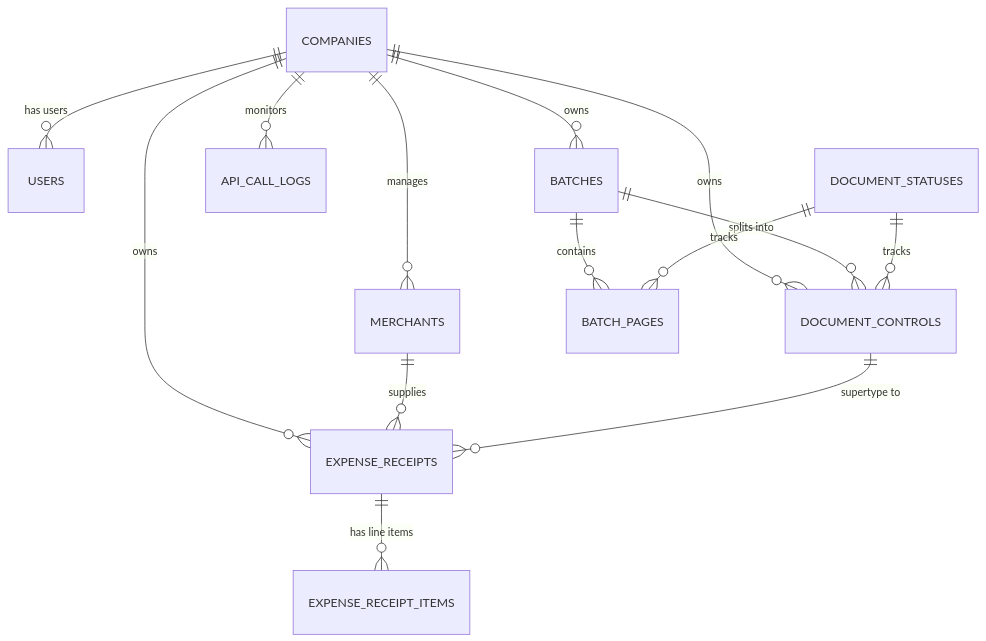
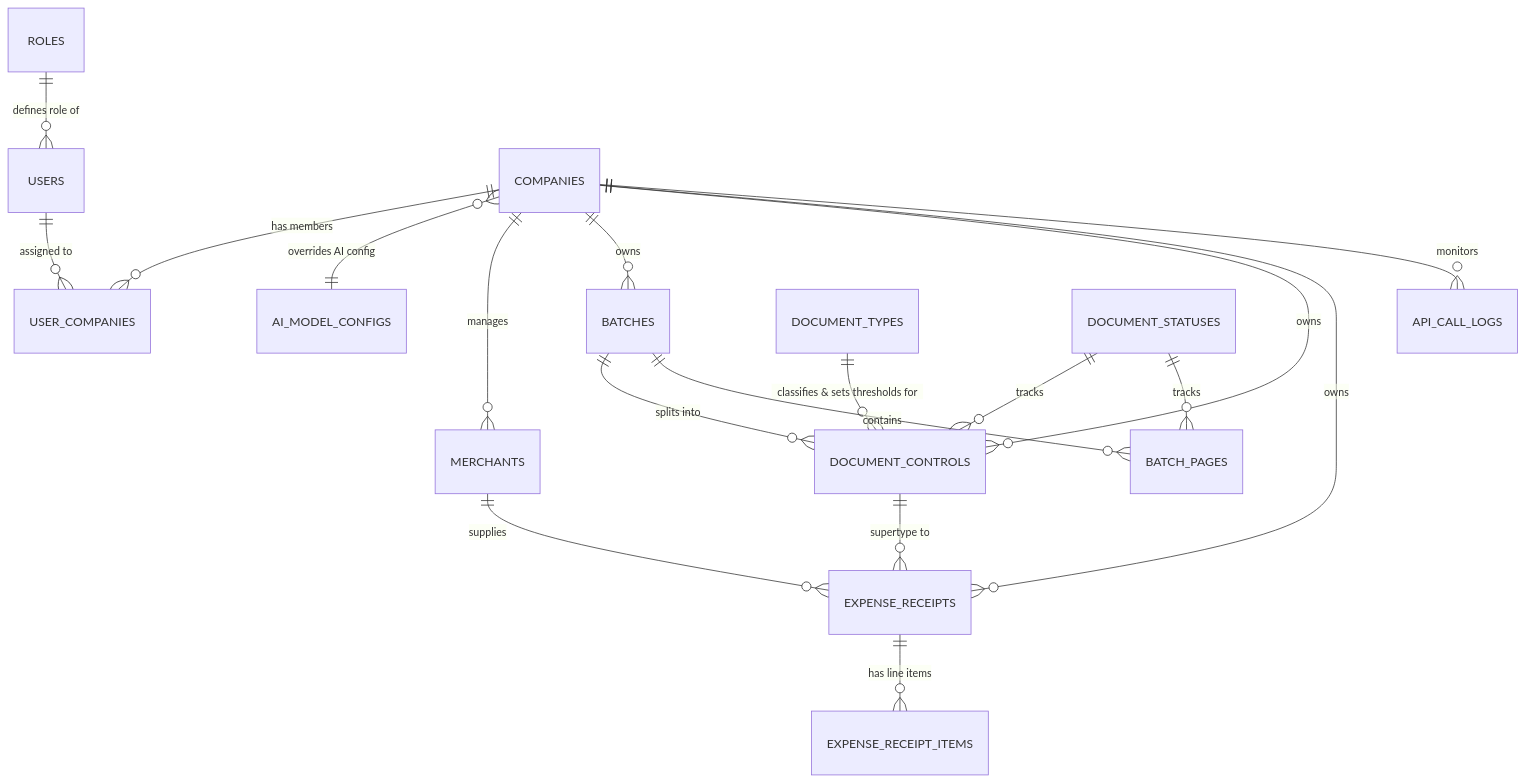
The diagram in docs/database_schema.md (prokungdev/AI-Multi-Docs-Extraction-Pipeline), drawn with Mermaid before and after one commit. The commit also changed other lines of this file and 63 other files, not shown here.

Commit message:
feat: implement core DDD structure and pipeline architecture with database integration

````diff
--- a/docs/database_schema.md
+++ b/docs/database_schema.md
@@ -9,20 +9,25 @@
 ```mermaid
 erDiagram
-    COMPANIES ||--o{ USERS : "has users"
+    ROLES ||--o{ USERS : "defines role of"
+    USERS ||--o{ USER_COMPANIES : "assigned to"
+    COMPANIES ||--o{ USER_COMPANIES : "has members"
+    COMPANIES }o--|| AI_MODEL_CONFIGS : "overrides AI config"
+
     COMPANIES ||--o{ MERCHANTS : "manages"
     COMPANIES ||--o{ BATCHES : "owns"
     COMPANIES ||--o{ DOCUMENT_CONTROLS : "owns"
     COMPANIES ||--o{ EXPENSE_RECEIPTS : "owns"
     COMPANIES ||--o{ API_CALL_LOGS : "monitors"
 
+    DOCUMENT_TYPES ||--o{ DOCUMENT_CONTROLS : "classifies & sets thresholds for"
     BATCHES ||--o{ DOCUMENT_CONTROLS : "splits into"
     BATCHES ||--o{ BATCH_PAGES : "contains"
 
     DOCUMENT_STATUSES ||--o{ DOCUMENT_CONTROLS : "tracks"
     DOCUMENT_STATUSES ||--o{ BATCH_PAGES : "tracks"
 
     MERCHANTS ||--o{ EXPENSE_RECEIPTS : "supplies"
 
     DOCUMENT_CONTROLS ||--o{ EXPENSE_RECEIPTS : "supertype to"
     EXPENSE_RECEIPTS ||--o{ EXPENSE_RECEIPT_ITEMS : "has line items"
 ```
````
